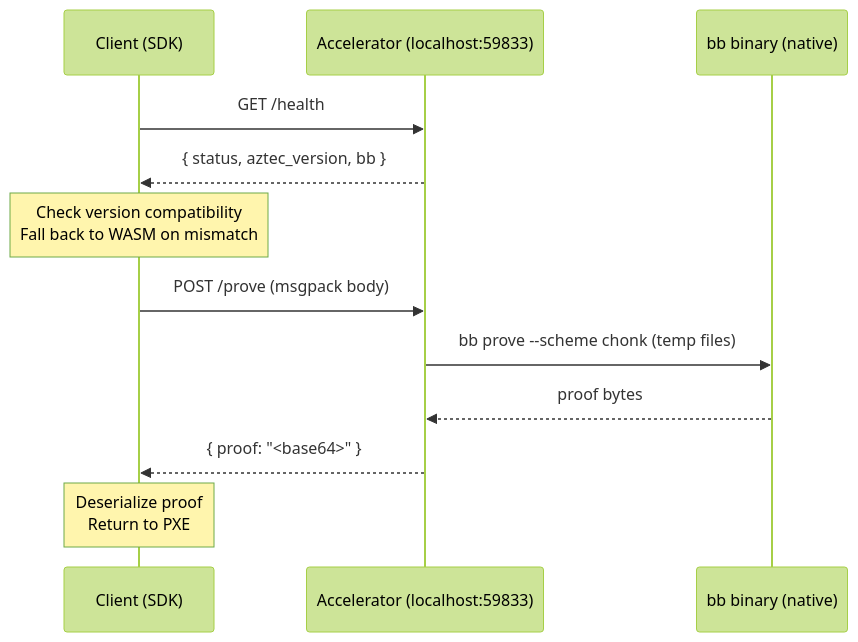
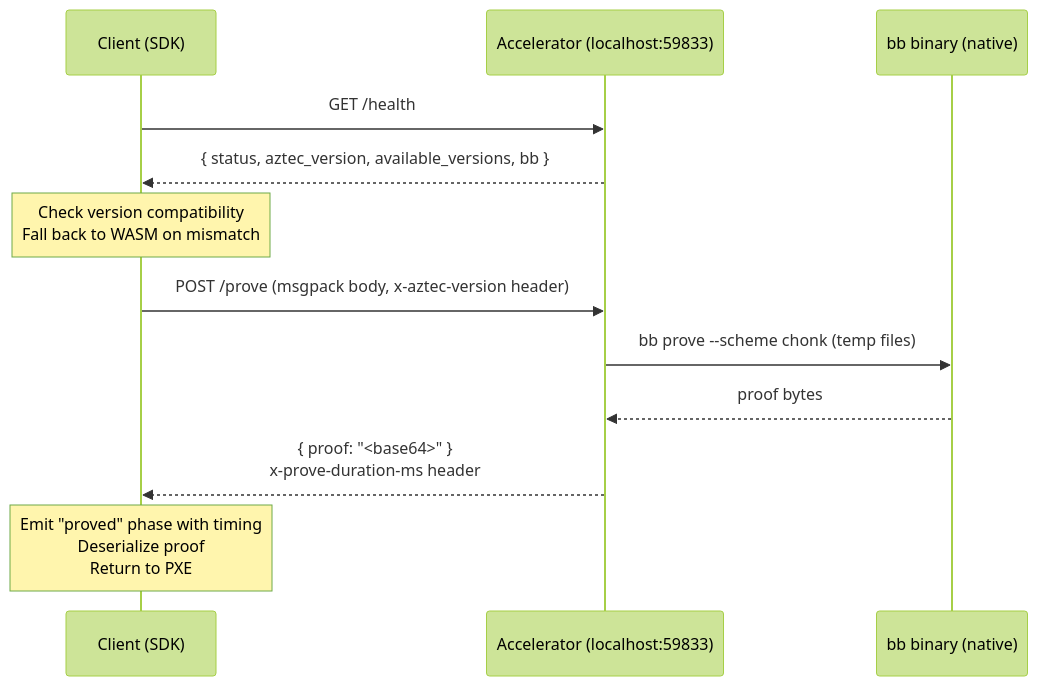
One commit to alejoamiras/tee-rex changed the third of 4 diagrams in docs/architecture.md. Above: the diagram before and after it, drawn with Mermaid (forest theme). The commit also changed other lines of this file and 7 other files, not shown here.

````diff
--- a/docs/architecture.md
+++ b/docs/architecture.md
@@ -71,20 +71,20 @@
 ```mermaid
 sequenceDiagram
   participant C as Client (SDK)
   participant A as Accelerator (localhost:59833)
   participant BB as bb binary (native)
 
   C->>A: GET /health
-  A-->>C: { status, aztec_version, bb }
+  A-->>C: { status, aztec_version, available_versions, bb }
 
   Note over C: Check version compatibility<br/>Fall back to WASM on mismatch
 
-  C->>A: POST /prove (msgpack body)
+  C->>A: POST /prove (msgpack body, x-aztec-version header)
 
   A->>BB: bb prove --scheme chonk (temp files)
   BB-->>A: proof bytes
 
-  A-->>C: { proof: "<base64>" }
+  A-->>C: { proof: "<base64>" }<br/>x-prove-duration-ms header
 
-  Note over C: Deserialize proof<br/>Return to PXE
+  Note over C: Emit "proved" phase with timing<br/>Deserialize proof<br/>Return to PXE
 ```
````
